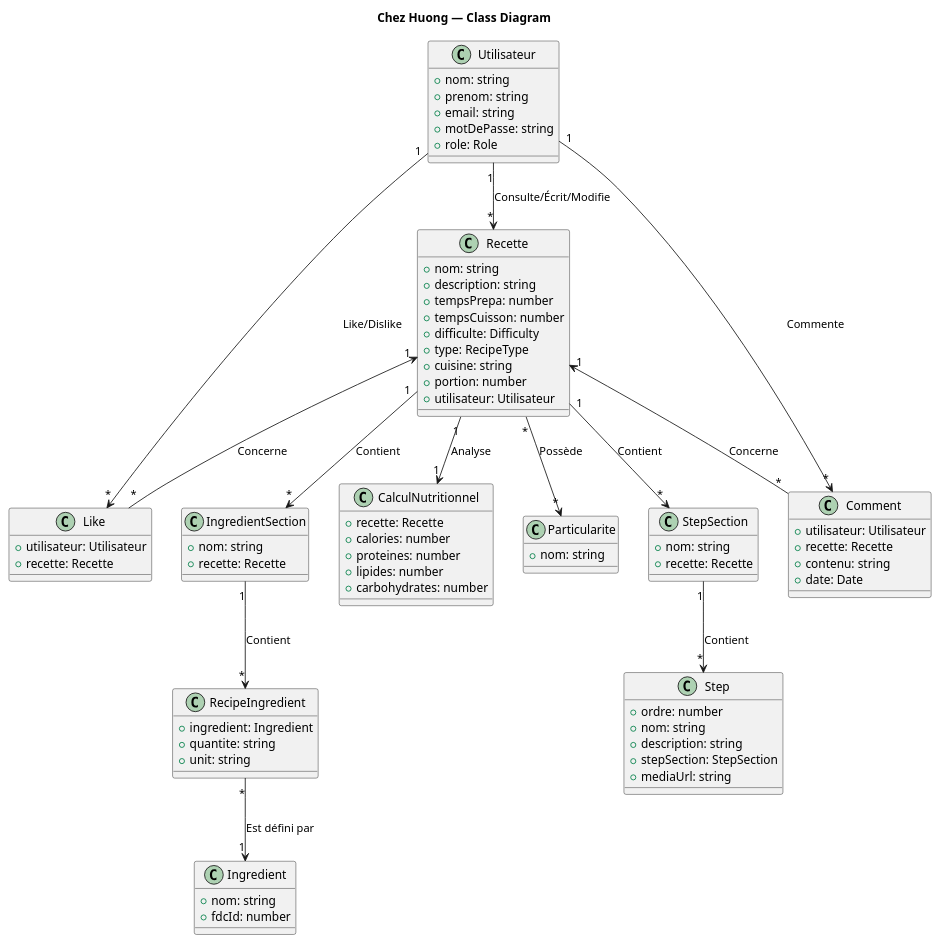
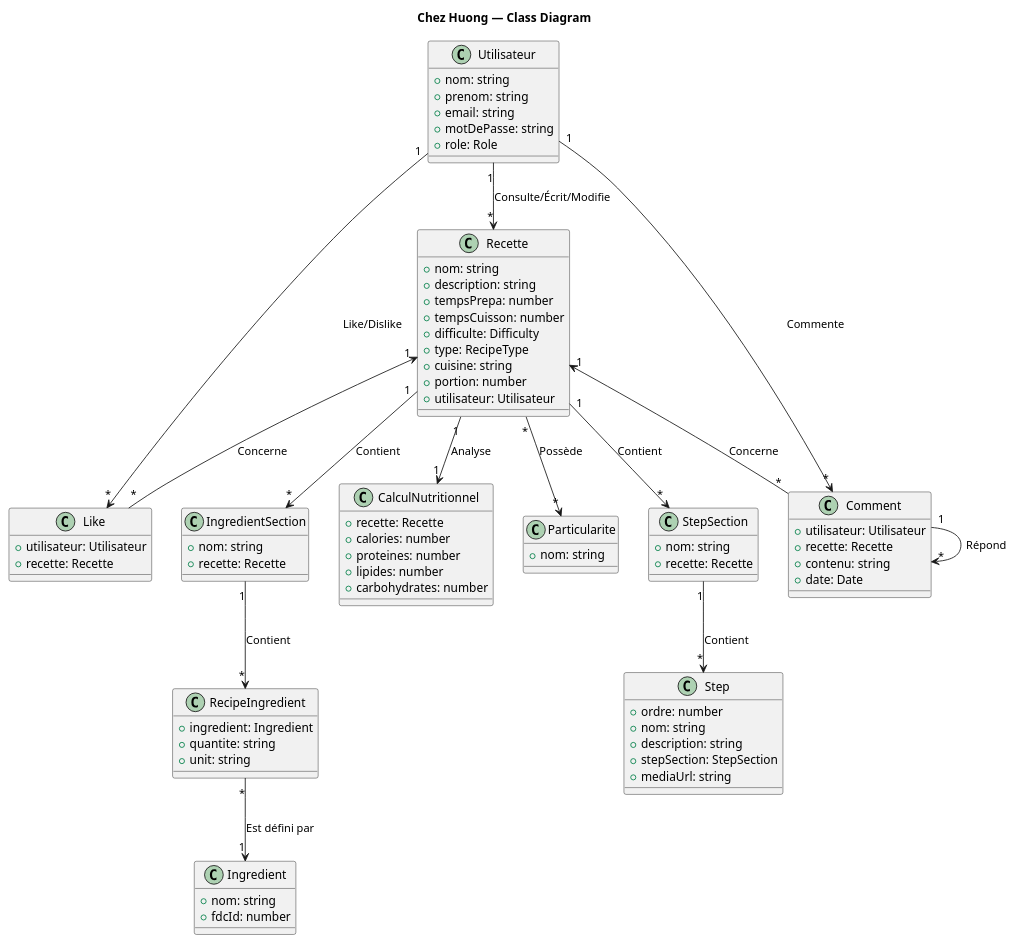
One commit to Orchydae/Chez_Huong changed the diagram in docs/diagrams/class_diagram.puml. Above: the diagram before and after it, drawn with PlantUML. The commit also changed 18 other files, not shown here.

```diff
--- a/docs/diagrams/class_diagram.puml
+++ b/docs/diagrams/class_diagram.puml
@@ -1,97 +1,98 @@
 @startuml class_diagram
 title Chez Huong — Class Diagram
 
 skinparam componentStyle rectangle
 skinparam defaultFontName Monospace
 
 class Utilisateur {
     +nom: string
     +prenom: string
     +email: string
     +motDePasse: string
     +role: Role
 }
 
 class Recette {
     +nom: string
     +description: string
     +tempsPrepa: number
     +tempsCuisson: number
     +difficulte: Difficulty
     +type: RecipeType
     +cuisine: string
     +portion: number
     +utilisateur: Utilisateur
 }
 
 class Particularite {
     +nom: string
 }
 
 class StepSection {
     +nom: string
     +recette: Recette
 }
 
 class Step {
     +ordre: number
     +nom: string
     +description: string
     +stepSection: StepSection
     +mediaUrl: string
 }
 
 class IngredientSection {
     +nom: string
     +recette: Recette
 }
 
 class Ingredient {
     +nom: string
     +fdcId: number
 }
 
 class RecipeIngredient {
     +ingredient: Ingredient
     +quantite: string
     +unit: string
 }
 
 class Like {
     +utilisateur: Utilisateur
     +recette: Recette
 }
 
 class Comment {
     +utilisateur: Utilisateur
     +recette: Recette
     +contenu: string
     +date: Date
 }
 
 class CalculNutritionnel {
     +recette: Recette
     +calories: number
     +proteines: number
     +lipides: number
     +carbohydrates: number
 }
 
 Utilisateur "1" --> "*" Recette: Consulte/Écrit/Modifie
 
 Recette "1" --> "*" IngredientSection: Contient
 IngredientSection "1" --> "*" RecipeIngredient: Contient
 RecipeIngredient "*" --> "1" Ingredient: Est défini par
 
 Recette "*" --> "*" Particularite: Possède
 
 Recette "1" --> "1" CalculNutritionnel: Analyse
 Recette "1" <-- "*" Like: Concerne
 Recette "1" <-- "*" Comment: Concerne
 Recette "1" --> "*" StepSection: Contient
 StepSection "1" --> "*" Step: Contient
 
 Utilisateur "1" --> "*" Like: Like/Dislike
 Utilisateur "1" --> "*" Comment: Commente
+Comment "1" --> "*" Comment: Répond
 
 @enduml
```
